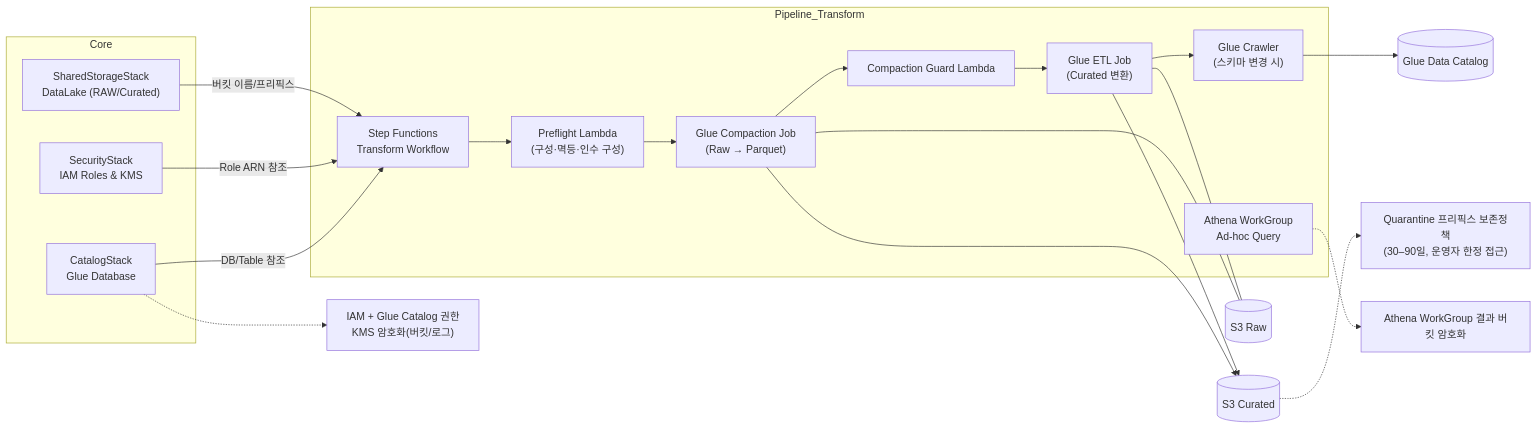
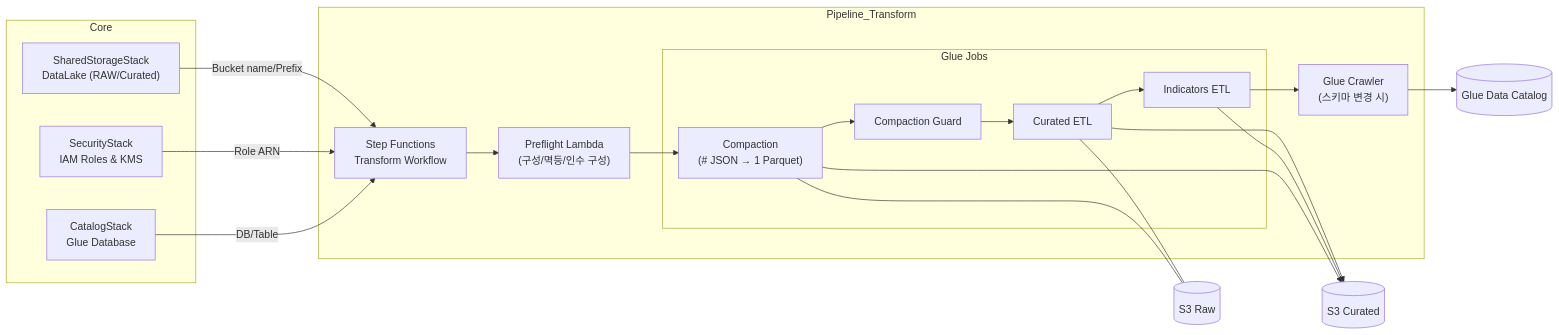
Before and after one commit to keemgdeok/fin-forge-pipeline: the diagram in docs/diagrams/transform/01-components.md, drawn with Mermaid. The commit also changed 17 other files, not shown here.

Commit message:
feat: update transform docs/diagram

````diff
--- a/docs/diagrams/transform/01-components.md
+++ b/docs/diagrams/transform/01-components.md
@@ -1,42 +1,36 @@
 ```mermaid
 graph LR
   subgraph Core
     SS["SharedStorageStack<br/>DataLake (RAW/Curated)"]
     SEC["SecurityStack<br/>IAM Roles & KMS"]
     GOV["CatalogStack<br/>Glue Database"]
   end
 
   subgraph Pipeline_Transform
     SFN["Step Functions<br/>Transform Workflow"]
-    PRE["Preflight Lambda<br/>(구성·멱등·인수 구성)"]
-    COMP["Glue Compaction Job<br/>(Raw → Parquet)"]
-    GUARD["Compaction Guard Lambda"]
-    GLUE["Glue ETL Job<br/>(Curated 변환)"]
+    PRE["Preflight Lambda<br/>(구성/멱등/인수 구성)"]
+    subgraph Glue_Jobs["Glue Jobs"]
+      COMP["Compaction<br/>(# JSON → 1 Parquet)"]
+      GUARD["Compaction Guard"]
+      GLUE["Curated ETL"]
+      IND["Indicators ETL"]
+    end
     CRAWL["Glue Crawler<br/>(스키마 변경 시)"]
-    ATH["Athena WorkGroup<br/>Ad-hoc Query"]
   end
 
-  SS -->|버킷 이름/프리픽스| SFN
-  SEC -->|Role ARN 참조| SFN
-  GOV -->|DB/Table 참조| SFN
+  SS -->|Bucket name/Prefix| SFN
+  SEC -->|Role ARN| SFN
+  GOV -->|DB/Table| SFN
 
   SFN --> PRE
   PRE --> COMP
-  COMP --> GUARD
-  GUARD --> GLUE
-  GLUE --> CRAWL
+  COMP --> GUARD --> GLUE --> IND --> CRAWL
   GLUE --> CUR[(S3 Curated)]
+  IND --> CUR
   GLUE --- RAW[(S3 Raw)]
   COMP --- RAW
   COMP --> CUR
   CRAWL --> CAT[(Glue Data Catalog)]
 
   %% Governance/Security notes
-  N1["IAM + Glue Catalog 권한<br/>KMS 암호화(버킷/로그)"]:::note
-  N2["Athena WorkGroup 결과 버킷 암호화"]:::note
-  N3["Quarantine 프리픽스 보존정책<br/>(30–90일, 운영자 한정 접근)"]:::note
-  GOV -.-> N1
-  ATH -.-> N2
-  CUR -.-> N3
-
 ```
````
